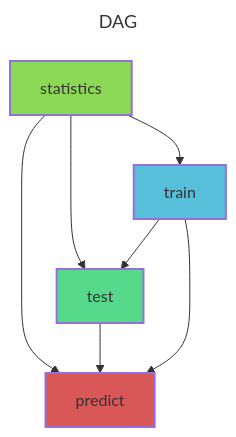
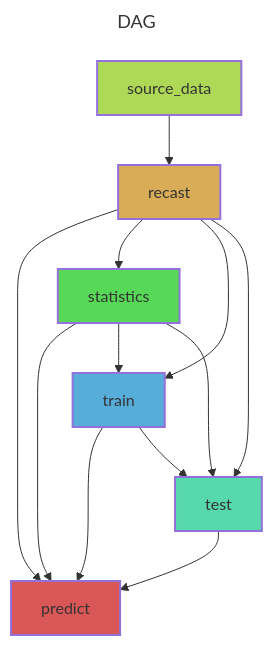
One commit to tremblaybenoit/RACCOONN changed the diagram in config/experiment/forward_clear.mmd. Above: the diagram before and after it, drawn with Mermaid. The commit also changed 10 other files, not shown here.

```diff
--- a/config/experiment/forward_clear.mmd
+++ b/config/experiment/forward_clear.mmd
@@ -1,18 +1,27 @@
 ---
 title: DAG
 ---
 flowchart TB
 	id0[predict]
-	id1[statistics]
-	id2[train]
-	id3[test]
+	id1[recast]
+	id2[source_data]
+	id3[statistics]
+	id4[train]
+	id5[test]
 	style id0 fill:#D95757,stroke-width:2px,color:#333333
-	style id1 fill:#8BD957,stroke-width:2px,color:#333333
-	style id2 fill:#57BFD9,stroke-width:2px,color:#333333
-	style id3 fill:#57D98B,stroke-width:2px,color:#333333
+	style id1 fill:#D9AD57,stroke-width:2px,color:#333333
+	style id2 fill:#ADD957,stroke-width:2px,color:#333333
+	style id3 fill:#57D957,stroke-width:2px,color:#333333
+	style id4 fill:#57ADD9,stroke-width:2px,color:#333333
+	style id5 fill:#57D9AD,stroke-width:2px,color:#333333
+	id5 --> id0
 	id1 --> id0
+	id4 --> id0
 	id3 --> id0
-	id2 --> id0
-	id1 --> id2
+	id2 --> id1
 	id1 --> id3
-	id2 --> id3
+	id1 --> id4
+	id3 --> id4
+	id1 --> id5
+	id4 --> id5
+	id3 --> id5
```
